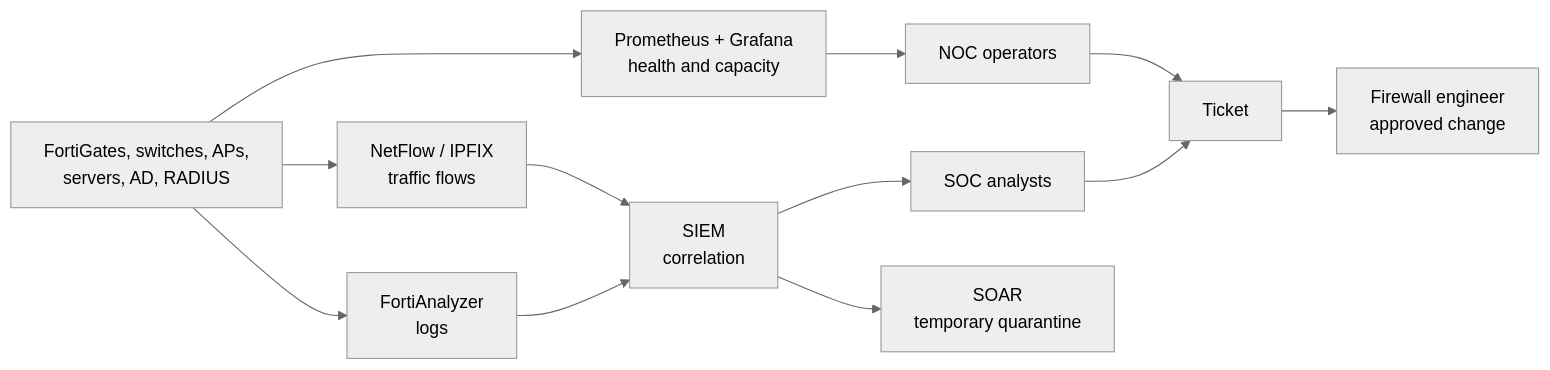
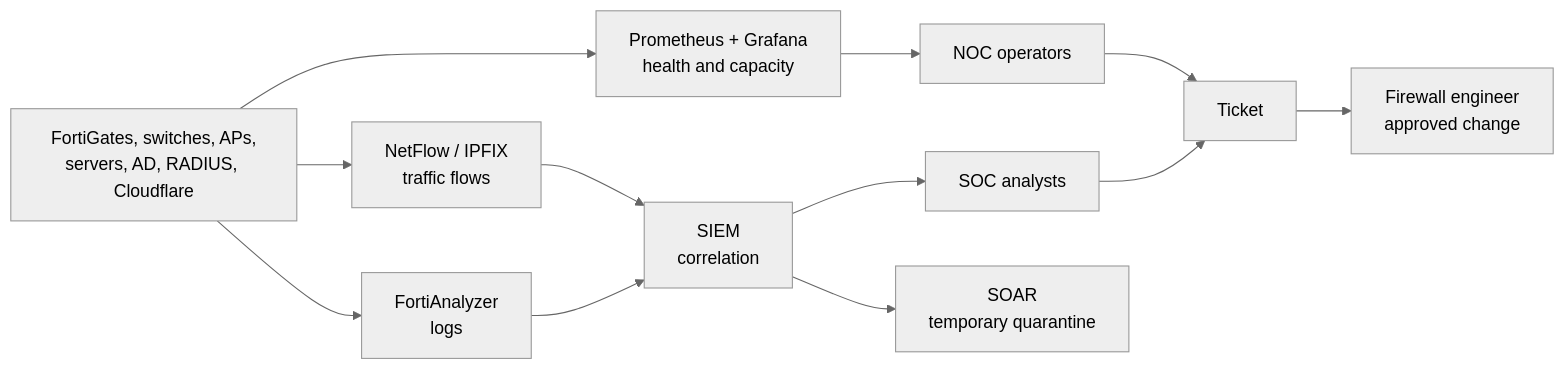
One commit to Berrkle/os-lab changed the second of 2 diagrams in firewall-lab/companies/mt-technology-group/README.md. Above: the diagram before and after it, drawn with Mermaid (neutral theme). The commit also changed other lines of this file and 4 other files, not shown here.

````diff
--- a/firewall-lab/companies/mt-technology-group/README.md
+++ b/firewall-lab/companies/mt-technology-group/README.md
@@ -381,14 +452,14 @@
 ```mermaid
 flowchart LR
-    SRC["FortiGates, switches, APs,<br/>servers, AD, RADIUS"] --> FAZ["FortiAnalyzer<br/>logs"]
+    SRC["FortiGates, switches, APs,<br/>servers, AD, RADIUS, Cloudflare"] --> FAZ["FortiAnalyzer<br/>logs"]
     SRC --> PROM["Prometheus + Grafana<br/>health and capacity"]
     SRC --> FLOW["NetFlow / IPFIX<br/>traffic flows"]
     FAZ --> SIEM["SIEM<br/>correlation"]
     FLOW --> SIEM
     SIEM --> SOC["SOC analysts"]
     PROM --> NOC["NOC operators"]
     SIEM --> SOAR["SOAR<br/>temporary quarantine"]
     SOC --> TICKET["Ticket"]
     NOC --> TICKET
     TICKET --> ENG["Firewall engineer<br/>approved change"]
 ```
````
